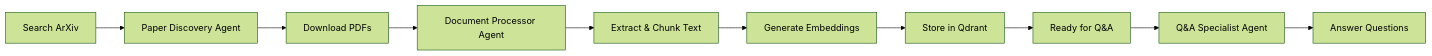
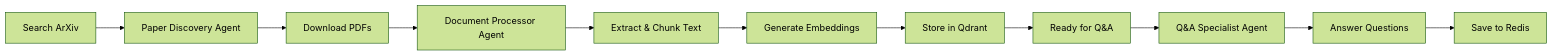
The diagram in README.md (aiexplorations/praval_deep_research), drawn with Mermaid (forest theme) before and after one commit. The commit also changed other lines of this file and 5 other files, not shown here.

````diff
--- a/README.md
+++ b/README.md
@@ -132,12 +178,13 @@
 ```mermaid
 graph LR
     A[Search ArXiv] --> B[Paper Discovery Agent]
     B --> C[Download PDFs]
     C --> D[Document Processor Agent]
     D --> E[Extract & Chunk Text]
     E --> F[Generate Embeddings]
     F --> G[Store in Qdrant]
     G --> H[Ready for Q&A]
     H --> I[Q&A Specialist Agent]
     I --> J[Answer Questions]
+    J --> K[Save to Redis]
 ```
````
